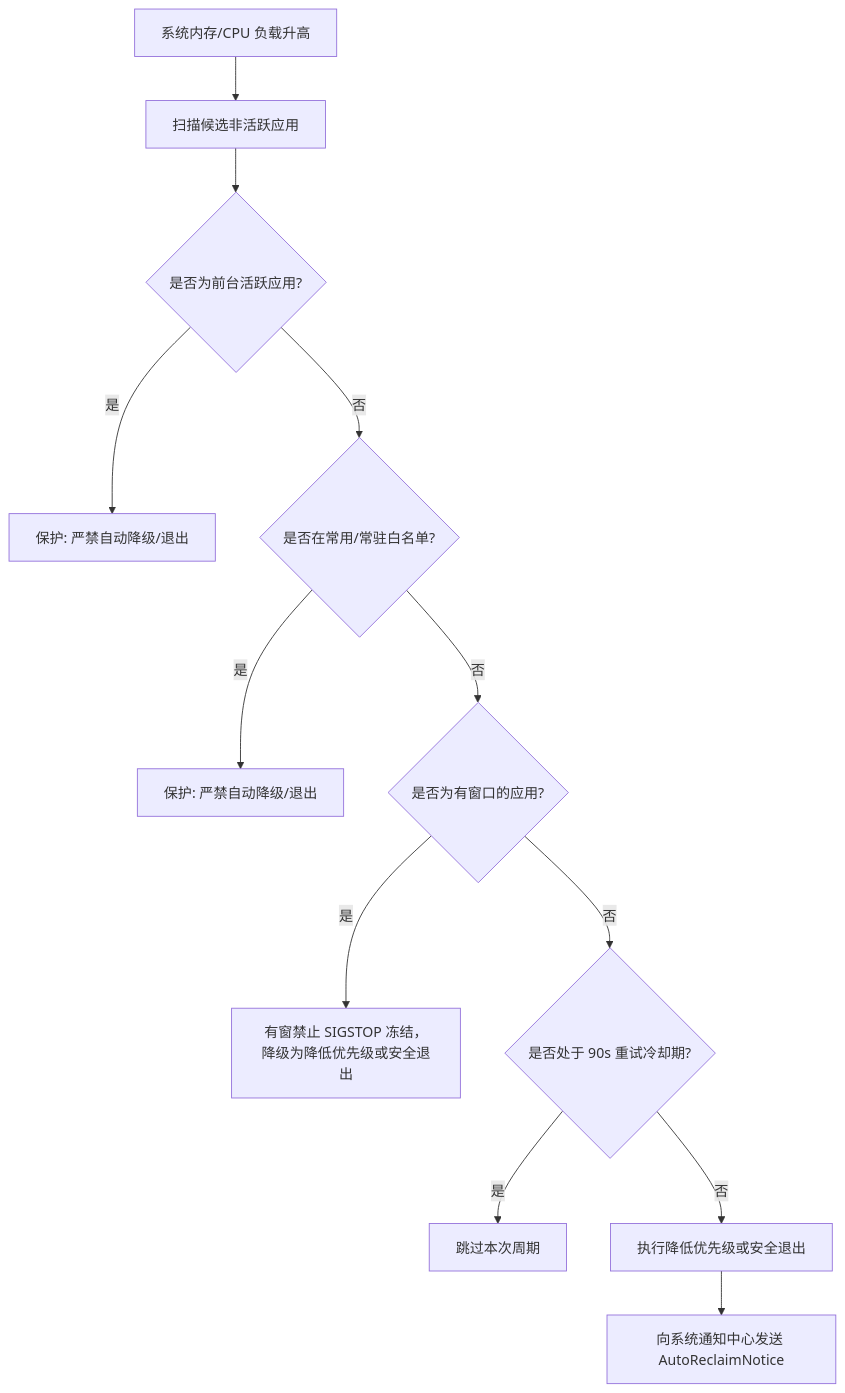
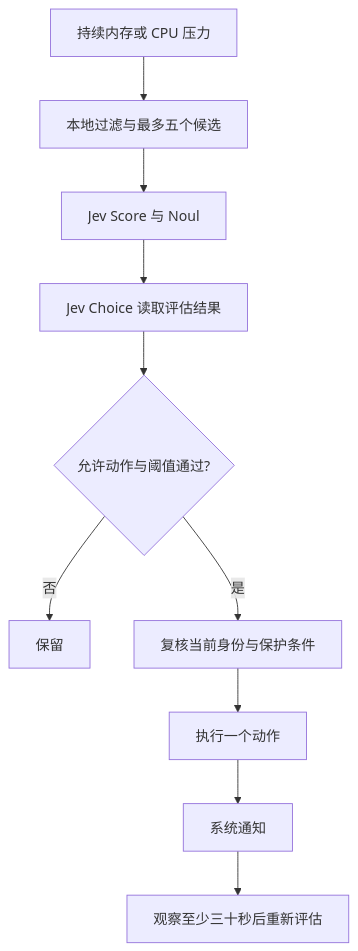
The diagram in ui-specs/08-notifications.md (CengSin/ContextAwareResourceManager), drawn with Mermaid before and after one commit. The commit also changed other lines of this file and 37 other files, not shown here.

````diff
--- a/ui-specs/08-notifications.md
+++ b/ui-specs/08-notifications.md
@@ -25,14 +25,12 @@
 ```mermaid
 flowchart TD
-    Trigger[系统内存/CPU 负载升高] --> Candidate[扫描候选非活跃应用]
-    Candidate --> Check1{是否为前台活跃应用?}
-    Check1 -- 是 --> Protect1[保护: 严禁自动降级/退出]
-    Check1 -- 否 --> Check2{是否在常用/常驻白名单?}
-    Check2 -- 是 --> Protect2[保护: 严禁自动降级/退出]
-    Check2 -- 否 --> Check3{是否为有窗口的应用?}
-    Check3 -- 是 --> Rule3[有窗禁止 SIGSTOP 冻结，降级为降低优先级或安全退出]
-    Check3 -- 否 --> Check4{是否处于 90s 重试冷却期?}
-    Check4 -- 是 --> Skip[跳过本次周期]
-    Check4 -- 否 --> Execute[执行降低优先级或安全退出]
-    Execute --> Notify[向系统通知中心发送 AutoReclaimNotice]
+    Load[持续内存或 CPU 压力] --> Candidates[本地过滤与最多五个候选]
+    Candidates --> Assessment[Jev Score 与 Noul]
+    Assessment --> Decision[Jev Choice 读取评估结果]
+    Decision --> Gate{允许动作与阈值通过?}
+    Gate -- 否 --> Keep[保留]
+    Gate -- 是 --> Recheck[复核当前身份与保护条件]
+    Recheck --> Execute[执行一个动作]
+    Execute --> Notify[系统通知]
+    Notify --> Wait[观察至少三十秒后重新评估]
 ```
````
